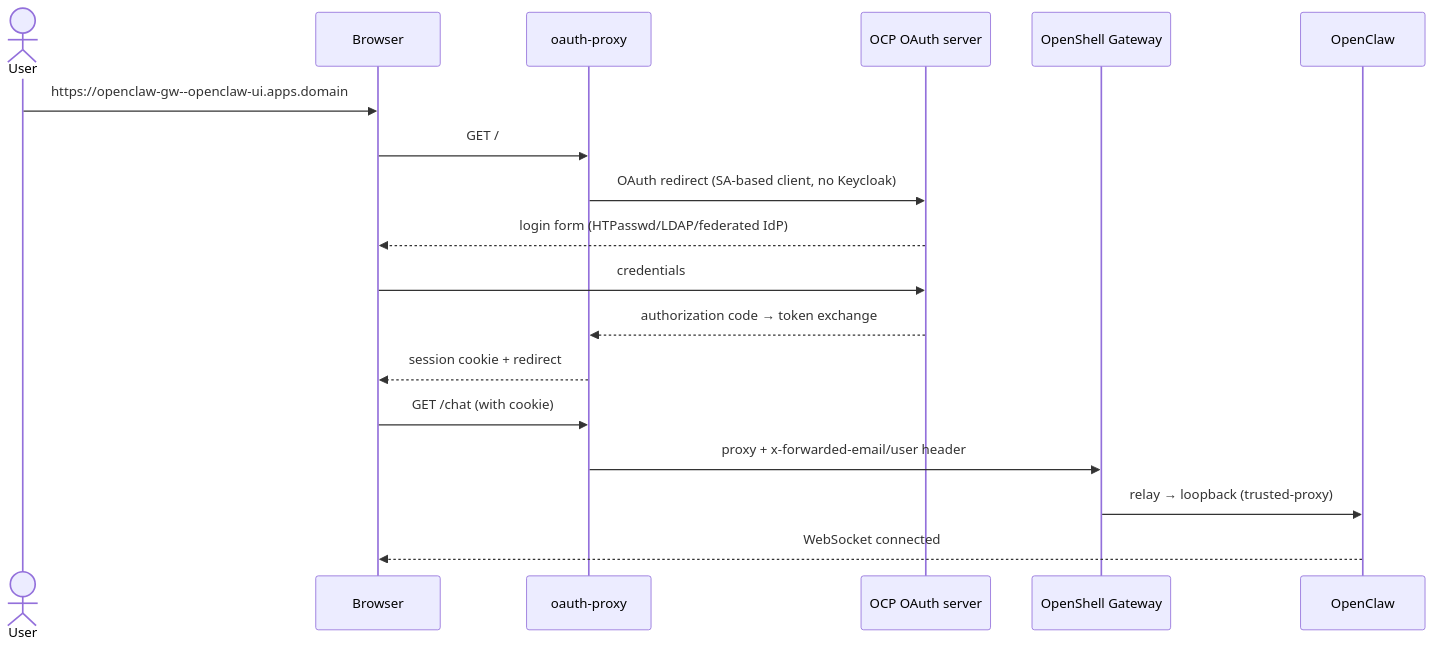
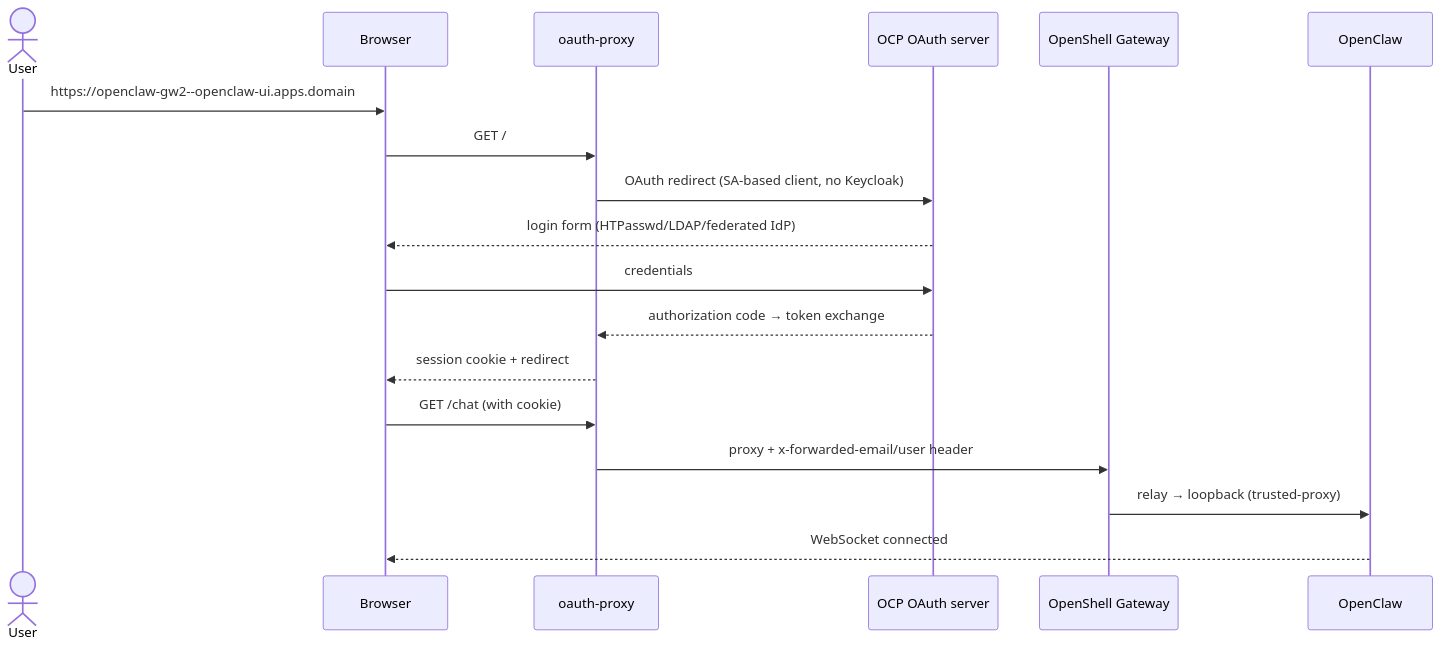
One commit to davidseve/open-claw-in-openshell changed the second of 4 diagrams in README.md. Above: the diagram before and after it, drawn with Mermaid. The commit also changed other lines of this file and 15 other files, not shown here.

````diff
--- a/README.md
+++ b/README.md
@@ -46,21 +46,21 @@
 ```mermaid
 sequenceDiagram
   actor User
   participant Browser
   participant OAuthProxy as oauth-proxy
   participant OCP as OCP OAuth server
   participant GW as OpenShell Gateway
   participant OC as OpenClaw
 
-  User->>Browser: https://openclaw-gw--openclaw-ui.apps.domain
+  User->>Browser: https://openclaw-gw2--openclaw-ui.apps.domain
   Browser->>OAuthProxy: GET /
   OAuthProxy->>OCP: OAuth redirect (SA-based client, no Keycloak)
   OCP-->>Browser: login form (HTPasswd/LDAP/federated IdP)
   Browser->>OCP: credentials
   OCP-->>OAuthProxy: authorization code → token exchange
   OAuthProxy-->>Browser: session cookie + redirect
   Browser->>OAuthProxy: GET /chat (with cookie)
   OAuthProxy->>GW: proxy + x-forwarded-email/user header
   GW->>OC: relay → loopback (trusted-proxy)
   OC-->>Browser: WebSocket connected
 ```
````
